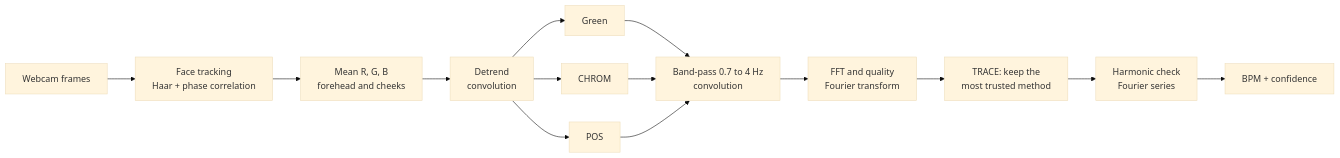
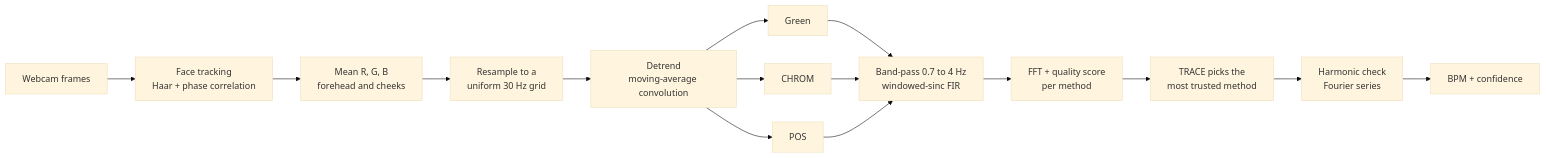
One commit to ahammadshawki8/TRACE-rPPG changed the first of 2 diagrams in README.md. Above: the diagram before and after it, drawn with Mermaid (base theme). The commit also changed other lines of this file and 17 other files, not shown here.

````diff
--- a/README.md
+++ b/README.md
@@ -79,16 +81,17 @@
 ```mermaid
 flowchart LR
     F[Webcam frames] --> R[Face tracking<br/>Haar + phase correlation]
     R --> M[Mean R, G, B<br/>forehead and cheeks]
-    M --> D[Detrend<br/>convolution]
+    M --> U[Resample to a<br/>uniform 30 Hz grid]
+    U --> D[Detrend<br/>moving-average convolution]
     D --> G[Green]
     D --> C[CHROM]
     D --> P[POS]
-    G --> B[Band-pass 0.7 to 4 Hz<br/>convolution]
+    G --> B[Band-pass 0.7 to 4 Hz<br/>windowed-sinc FIR]
     C --> B
     P --> B
-    B --> S[FFT and quality<br/>Fourier transform]
-    S --> T[TRACE: keep the<br/>most trusted method]
+    B --> S[FFT + quality score<br/>per method]
+    S --> T[TRACE picks the<br/>most trusted method]
     T --> H[Harmonic check<br/>Fourier series]
     H --> BPM[BPM + confidence]
 ```
````
